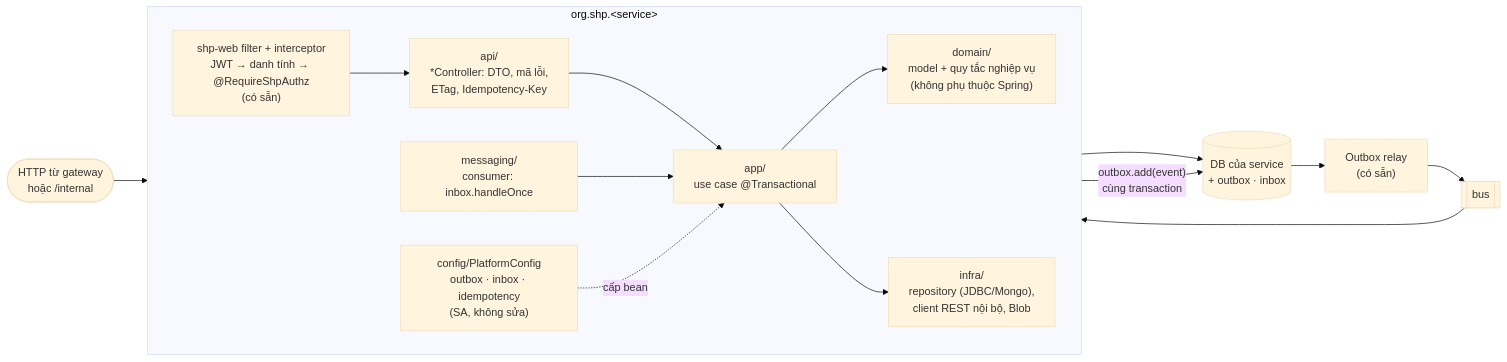
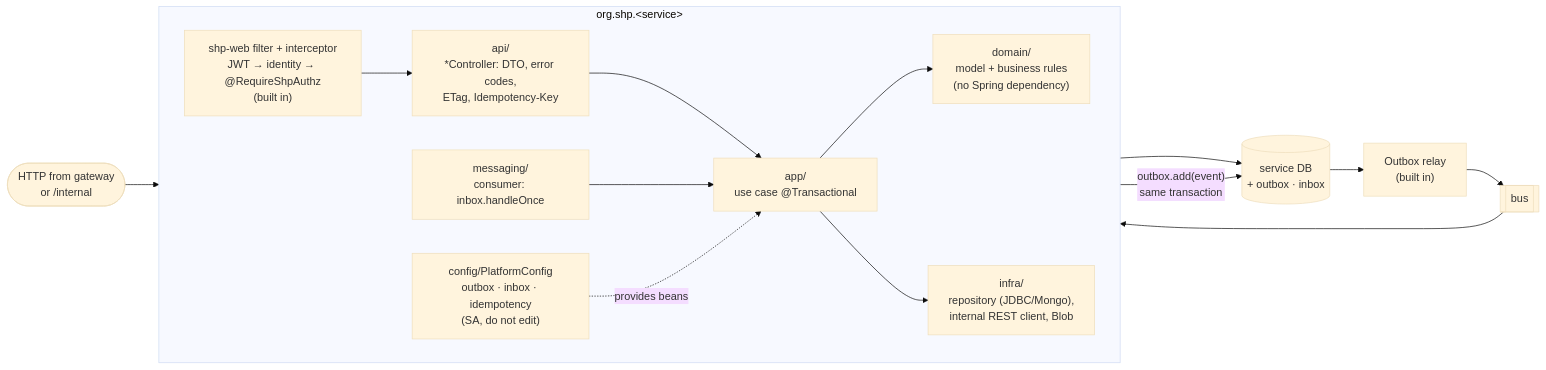
Before and after one commit to viethung12062005/smart-hospital-platform: the fifth of 5 diagrams in docs/03-architecture/overview.md, drawn with Mermaid (base theme). The commit also changed other lines of this file and 346 other files, not shown here.

````diff
--- a/docs/03-architecture/overview.md
+++ b/docs/03-architecture/overview.md
@@ -269,24 +269,24 @@
 ```mermaid
 flowchart LR
-  REQ(["HTTP từ gateway<br/>hoặc /internal"]) --> F
+  REQ(["HTTP from gateway<br/>or /internal"]) --> F
   subgraph SVC["org.shp.&lt;service&gt;"]
     direction LR
-    F["shp-web filter + interceptor<br/>JWT → danh tính → @RequireShpAuthz<br/>(có sẵn)"]
-    API["api/<br/>*Controller: DTO, mã lỗi,<br/>ETag, Idempotency-Key"]
+    F["shp-web filter + interceptor<br/>JWT → identity → @RequireShpAuthz<br/>(built in)"]
+    API["api/<br/>*Controller: DTO, error codes,<br/>ETag, Idempotency-Key"]
     APP["app/<br/>use case @Transactional"]
-    DOM["domain/<br/>model + quy tắc nghiệp vụ<br/>(không phụ thuộc Spring)"]
-    INF["infra/<br/>repository (JDBC/Mongo),<br/>client REST nội bộ, Blob"]
+    DOM["domain/<br/>model + business rules<br/>(no Spring dependency)"]
+    INF["infra/<br/>repository (JDBC/Mongo),<br/>internal REST client, Blob"]
     MSG["messaging/<br/>consumer: inbox.handleOnce"]
-    CFG["config/PlatformConfig<br/>outbox · inbox · idempotency<br/>(SA, không sửa)"]
+    CFG["config/PlatformConfig<br/>outbox · inbox · idempotency<br/>(SA, do not edit)"]
   end
-  DB[("DB của service<br/>+ outbox · inbox")]
-  RELAY["Outbox relay<br/>(có sẵn)"]
+  DB[("service DB<br/>+ outbox · inbox")]
+  RELAY["Outbox relay<br/>(built in)"]
   BUS[["bus"]]
 
   F --> API --> APP --> DOM
   APP --> INF --> DB
-  APP -- "outbox.add(event)<br/>cùng transaction" --> DB
+  APP -- "outbox.add(event)<br/>same transaction" --> DB
   DB --> RELAY --> BUS
   BUS --> MSG --> APP
-  CFG -. cấp bean .-> APP
+  CFG -. provides beans .-> APP
 ```
````
